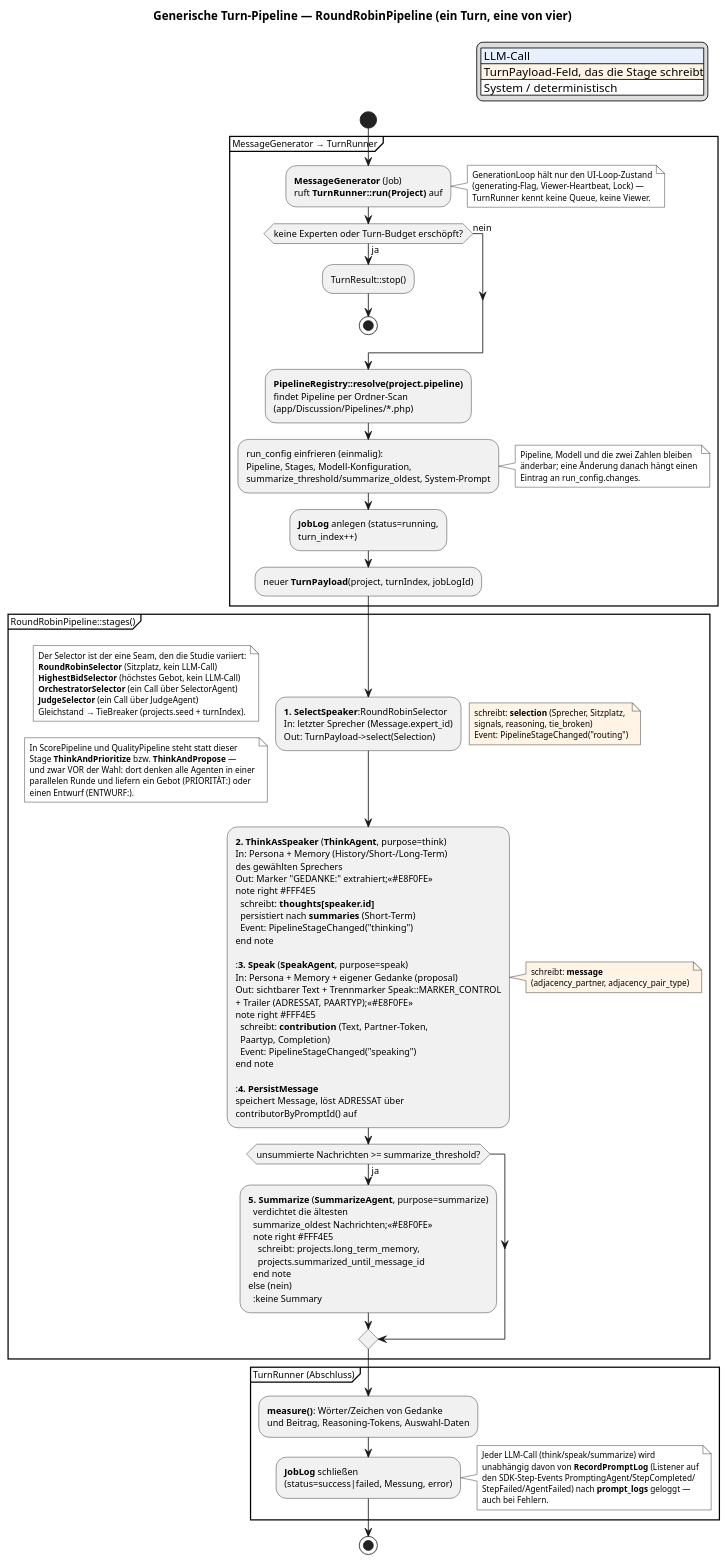
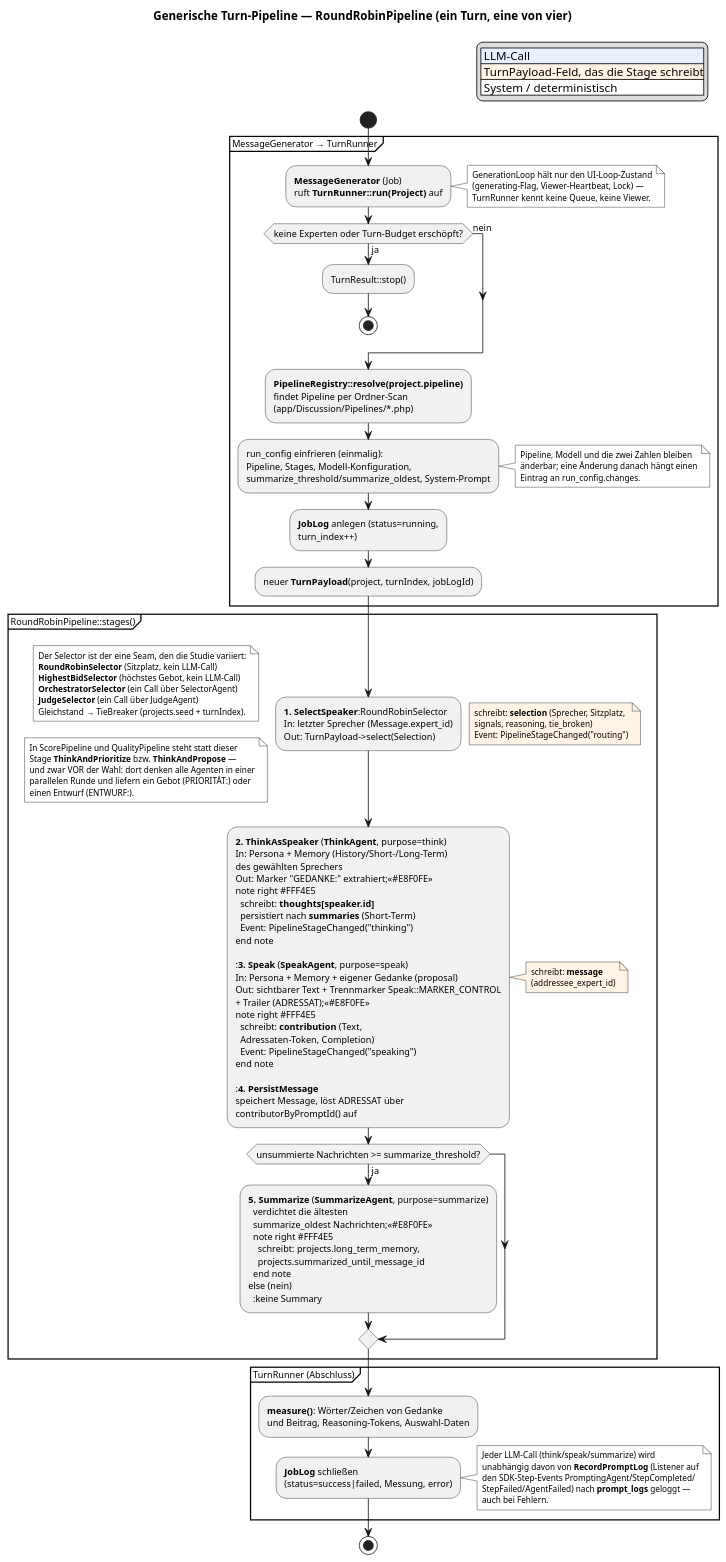
Before and after one commit to jnloos/Communicat: the diagram in docs/pipeline.puml, drawn with PlantUML.

Commit message:
Sync the pipeline diagram with the addressee column
CLAUDE.md asks for docs/pipeline.puml to track the stages, and it still
described a PAARTYP trailer and an adjacency_partner/adjacency_pair_type
write. Task 3's review caught it; the plan had not listed the file.

The generated diagrams under docs/archify/ stay as they are: they are
archify output rather than hand-edited files, and the pipeline changes
again with the structured-output piece -- regenerating them now would be
work thrown away twice.

```diff
--- a/docs/pipeline.puml
+++ b/docs/pipeline.puml
@@ -1,129 +1,129 @@
 @startuml
 title Generische Turn-Pipeline — RoundRobinPipeline (ein Turn, eine von vier)
 
 skinparam dpi 110
 skinparam defaultFontSize 11
 skinparam noteFontSize 10
 
 legend top right
   |<#E8F0FE> LLM-Call|
   |<#FFF4E5> TurnPayload-Feld, das die Stage schreibt|
   |<#FFFFFF> System / deterministisch|
 endlegend
 
 start
 
 partition "MessageGenerator → TurnRunner" {
   :**MessageGenerator** (Job)
   ruft **TurnRunner::run(Project)** auf;
   note right #FFFFFF
     GenerationLoop hält nur den UI-Loop-Zustand
     (generating-Flag, Viewer-Heartbeat, Lock) —
     TurnRunner kennt keine Queue, keine Viewer.
   end note
 
   if (keine Experten oder Turn-Budget erschöpft?) then (ja)
     :TurnResult::stop();
     stop
   else (nein)
   endif
 
   :**PipelineRegistry::resolve(project.pipeline)**
   findet Pipeline per Ordner-Scan
   (app/Discussion/Pipelines/*.php);
   :run_config einfrieren (einmalig):
   Pipeline, Stages, Modell-Konfiguration,
   summarize_threshold/summarize_oldest, System-Prompt;
   note right #FFFFFF
     Pipeline, Modell und die zwei Zahlen bleiben
     änderbar; eine Änderung danach hängt einen
     Eintrag an run_config.changes.
   end note
   :**JobLog** anlegen (status=running,
   turn_index++);
   :neuer **TurnPayload**(project, turnIndex, jobLogId);
 }
 
 partition "RoundRobinPipeline::stages()" {
   :**1. SelectSpeaker**:RoundRobinSelector
   In: letzter Sprecher (Message.expert_id)
   Out: TurnPayload->select(Selection);
   note right #FFF4E5
     schreibt: **selection** (Sprecher, Sitzplatz,
     signals, reasoning, tie_broken)
     Event: PipelineStageChanged("routing")
   end note
   note left #FFFFFF
     Der Selector ist der eine Seam, den die Studie variiert:
     **RoundRobinSelector** (Sitzplatz, kein LLM-Call)
     **HighestBidSelector** (höchstes Gebot, kein LLM-Call)
     **OrchestratorSelector** (ein Call über SelectorAgent)
     **JudgeSelector** (ein Call über JudgeAgent)
     Gleichstand → TieBreaker (projects.seed + turnIndex).
   end note
 
   note left #FFFFFF
     In ScorePipeline und QualityPipeline steht statt dieser
     Stage **ThinkAndPrioritize** bzw. **ThinkAndPropose** —
     und zwar VOR der Wahl: dort denken alle Agenten in einer
     parallelen Runde und liefern ein Gebot (PRIORITÄT:) oder
     einen Entwurf (ENTWURF:).
   end note
 
   :**2. ThinkAsSpeaker** (**ThinkAgent**, purpose=think)
   In: Persona + Memory (History/Short-/Long-Term)
   des gewählten Sprechers
   Out: Marker "GEDANKE:" extrahiert;<<#E8F0FE>>
   note right #FFF4E5
     schreibt: **thoughts[speaker.id]**
     persistiert nach **summaries** (Short-Term)
     Event: PipelineStageChanged("thinking")
   end note
 
   :**3. Speak** (**SpeakAgent**, purpose=speak)
   In: Persona + Memory + eigener Gedanke (proposal)
   Out: sichtbarer Text + Trennmarker Speak::MARKER_CONTROL
-  + Trailer (ADRESSAT, PAARTYP);<<#E8F0FE>>
+  + Trailer (ADRESSAT);<<#E8F0FE>>
   note right #FFF4E5
-    schreibt: **contribution** (Text, Partner-Token,
-    Paartyp, Completion)
+    schreibt: **contribution** (Text,
+    Adressaten-Token, Completion)
     Event: PipelineStageChanged("speaking")
   end note
 
   :**4. PersistMessage**
   speichert Message, löst ADRESSAT über
   contributorByPromptId() auf;
   note right #FFF4E5
     schreibt: **message**
-    (adjacency_partner, adjacency_pair_type)
+    (addressee_expert_id)
   end note
 
   if (unsummierte Nachrichten >= summarize_threshold?) then (ja)
     :**5. Summarize** (**SummarizeAgent**, purpose=summarize)
     verdichtet die ältesten
     summarize_oldest Nachrichten;<<#E8F0FE>>
     note right #FFF4E5
       schreibt: projects.long_term_memory,
       projects.summarized_until_message_id
     end note
   else (nein)
     :keine Summary;
   endif
 }
 
 partition "TurnRunner (Abschluss)" {
   :**measure()**: Wörter/Zeichen von Gedanke
   und Beitrag, Reasoning-Tokens, Auswahl-Daten;
   :**JobLog** schließen
   (status=success|failed, Messung, error);
   note right #FFFFFF
     Jeder LLM-Call (think/speak/summarize) wird
     unabhängig davon von **RecordPromptLog** (Listener auf
     den SDK-Step-Events PromptingAgent/StepCompleted/
     StepFailed/AgentFailed) nach **prompt_logs** geloggt —
     auch bei Fehlern.
   end note
 }
 
 stop
 @enduml
```
